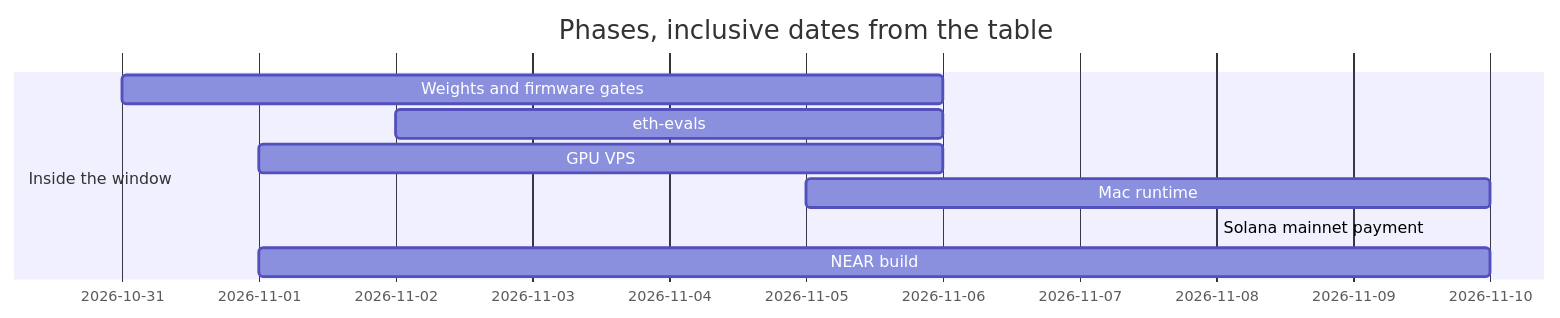
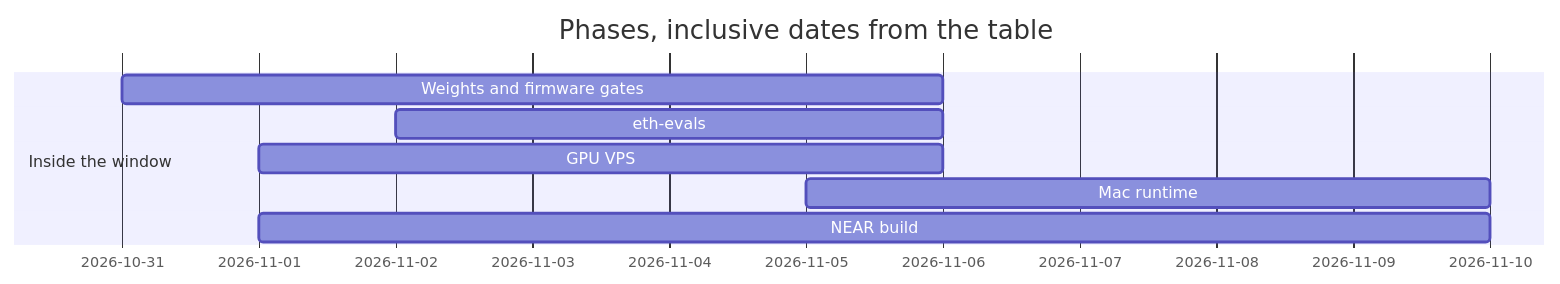
The diagram in README.md (fraserbrownirl/bursar-near), drawn with Mermaid before and after one commit. The commit also changed other lines of this file and 52 other files, not shown here.

````diff
--- a/README.md
+++ b/README.md
@@ -209,13 +240,12 @@
 ```mermaid
 gantt
     title Phases, inclusive dates from the table
     dateFormat YYYY-MM-DD
     axisFormat %Y-%m-%d
     section Inside the window
     Weights and firmware gates     :2026-10-31, 2026-11-06
     eth-evals                       :2026-11-02, 2026-11-06
     GPU VPS                         :2026-11-01, 2026-11-06
     Mac runtime                     :2026-11-05, 2026-11-10
-    Solana mainnet payment          :2026-11-08, 2026-11-08
     NEAR build                      :2026-11-01, 2026-11-10
 ```
````
